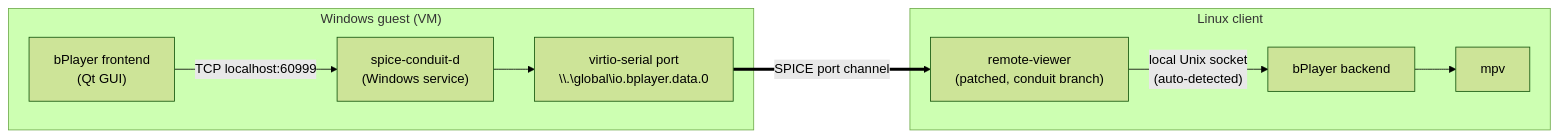
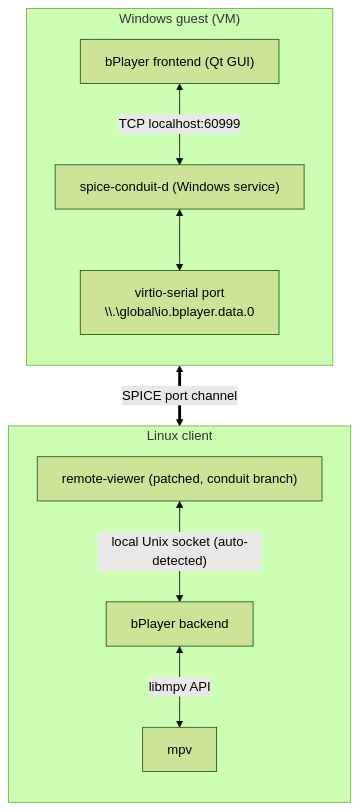
Before and after one commit to unau-thorized/Charon-ClientSideMultimedia: the diagram in README.md, drawn with Mermaid (forest theme).

Commit message:
Make architecture diagram vertical with bidirectional links
Claude-Session: https://claude.ai/code/session_014zdCPrkeLPFfyXjV3gEhN8

````diff
--- a/README.md
+++ b/README.md
@@ -21,18 +21,21 @@
 ```mermaid
-flowchart LR
+%%{init: {"flowchart": {"wrappingWidth": 400}}}%%
+flowchart TB
     subgraph G["Windows guest (VM)"]
-        FE["bPlayer frontend<br/>(Qt GUI)"]
-        CD["spice-conduit-d<br/>(Windows service)"]
+        direction TB
+        FE["bPlayer frontend (Qt GUI)"]
+        CD["spice-conduit-d (Windows service)"]
         VP["virtio-serial port<br/>\\.\global\io.bplayer.data.0"]
-        FE -- "TCP localhost:60999" --> CD
-        CD --> VP
+        FE <-- "TCP localhost:60999" --> CD
+        CD <--> VP
     end
     subgraph C["Linux client"]
-        RV["remote-viewer<br/>(patched, conduit branch)"]
+        direction TB
+        RV["remote-viewer (patched, conduit branch)"]
         BE["bPlayer backend"]
         MPV["mpv"]
-        RV -- "local Unix socket<br/>(auto-detected)" --> BE
-        BE --> MPV
+        RV <-- "local Unix socket (auto-detected)" --> BE
+        BE <-- "libmpv API" --> MPV
     end
-    VP == "SPICE port channel" ==> RV
+    VP <== "SPICE port channel" ==> RV
 ```
````
